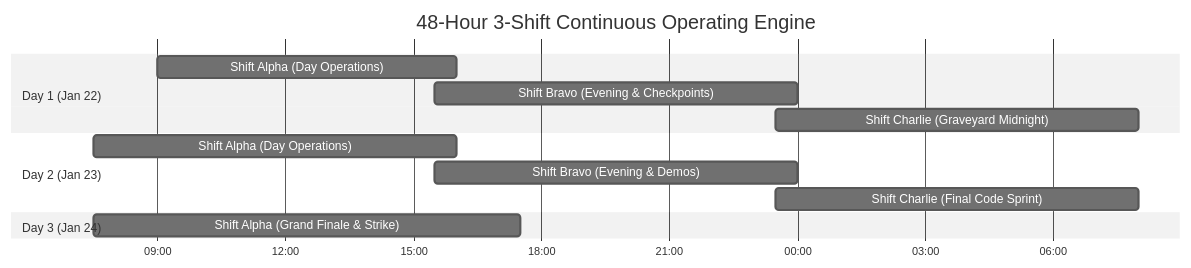
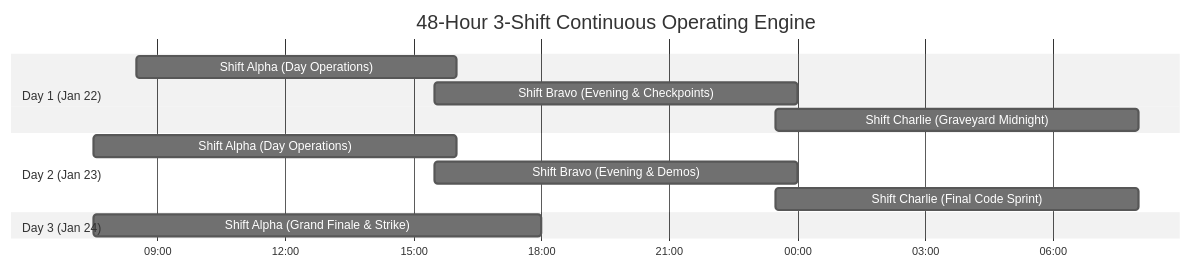
The second of 3 diagrams in docs/08_event_operations_and_volunteer_manual.md (MasterZ1311/Kairos), drawn with Mermaid (neutral theme) before and after one commit. The commit also changed other lines of this file and 100 other files, not shown here.

````diff
--- a/docs/08_event_operations_and_volunteer_manual.md
+++ b/docs/08_event_operations_and_volunteer_manual.md
@@ -49,16 +67,16 @@
 ```mermaid
 gantt
     title 48-Hour 3-Shift Continuous Operating Engine
     dateFormat  HH:mm
     axisFormat %H:%M
     section Day 1 (Jan 22)
-    Shift Alpha (Day Operations)      :09:00, 7h
+    Shift Alpha (Day Operations)      :08:30, 7.5h
     Shift Bravo (Evening & Checkpoints):15:30, 8.5h
     Shift Charlie (Graveyard Midnight):23:30, 8.5h
     section Day 2 (Jan 23)
     Shift Alpha (Day Operations)      :07:30, 8.5h
     Shift Bravo (Evening & Demos)     :15:30, 8.5h
     Shift Charlie (Final Code Sprint) :23:30, 8.5h
     section Day 3 (Jan 24)
-    Shift Alpha (Grand Finale & Strike):07:30, 10h
+    Shift Alpha (Grand Finale & Strike):07:30, 10.5h
 ```
````
